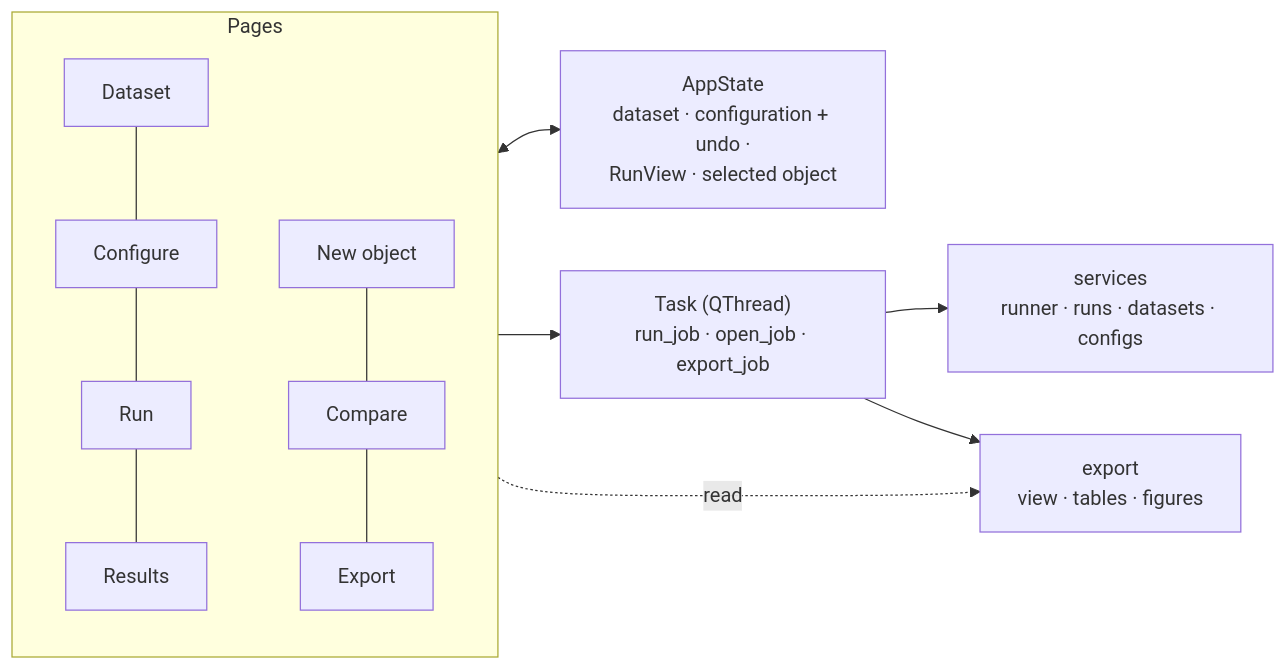
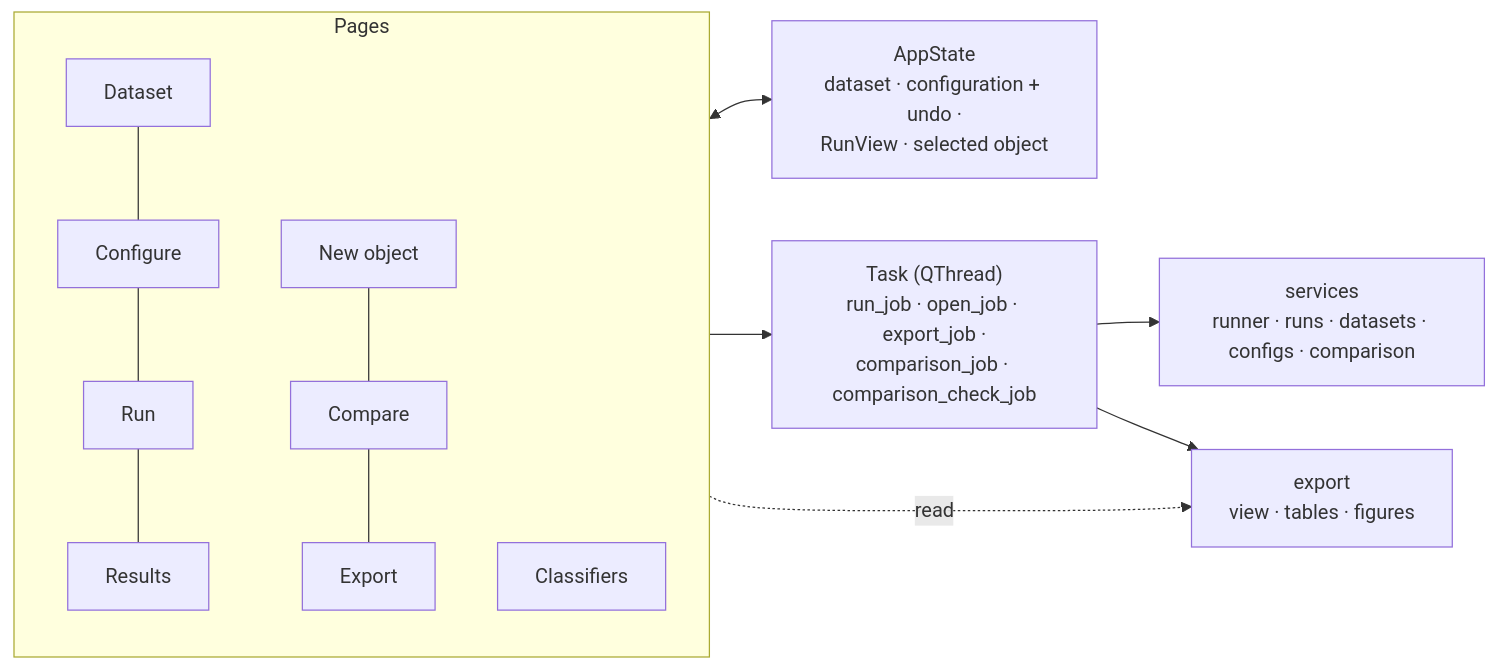
One commit to ktuhtabayev/context-synthetic-recognition changed the fourth of 4 diagrams in docs/architecture.md. Above: the diagram before and after it, drawn with Mermaid. The commit also changed other lines of this file and 67 other files, not shown here.

````diff
--- a/docs/architecture.md
+++ b/docs/architecture.md
@@ -123,16 +124,17 @@
 ```mermaid
 flowchart LR
     subgraph pages["Pages"]
         direction TB
         P1["Dataset"] --- P2["Configure"] --- P3["Run"] --- P4["Results"]
         P5["New object"] --- P6["Compare"] --- P7["Export"]
+        P8["Classifiers"]
     end
     S["AppState<br/>dataset · configuration + undo ·<br/>RunView · selected object"]
-    W["Task (QThread)<br/>run_job · open_job · export_job"]
-    SV["services<br/>runner · runs · datasets · configs"]
+    W["Task (QThread)<br/>run_job · open_job · export_job ·<br/>comparison_job · comparison_check_job"]
+    SV["services<br/>runner · runs · datasets · configs · comparison"]
     EX["export<br/>view · tables · figures"]
     pages <--> S
     pages --> W --> SV
     W --> EX
     pages -. read .-> EX
 ```
````
